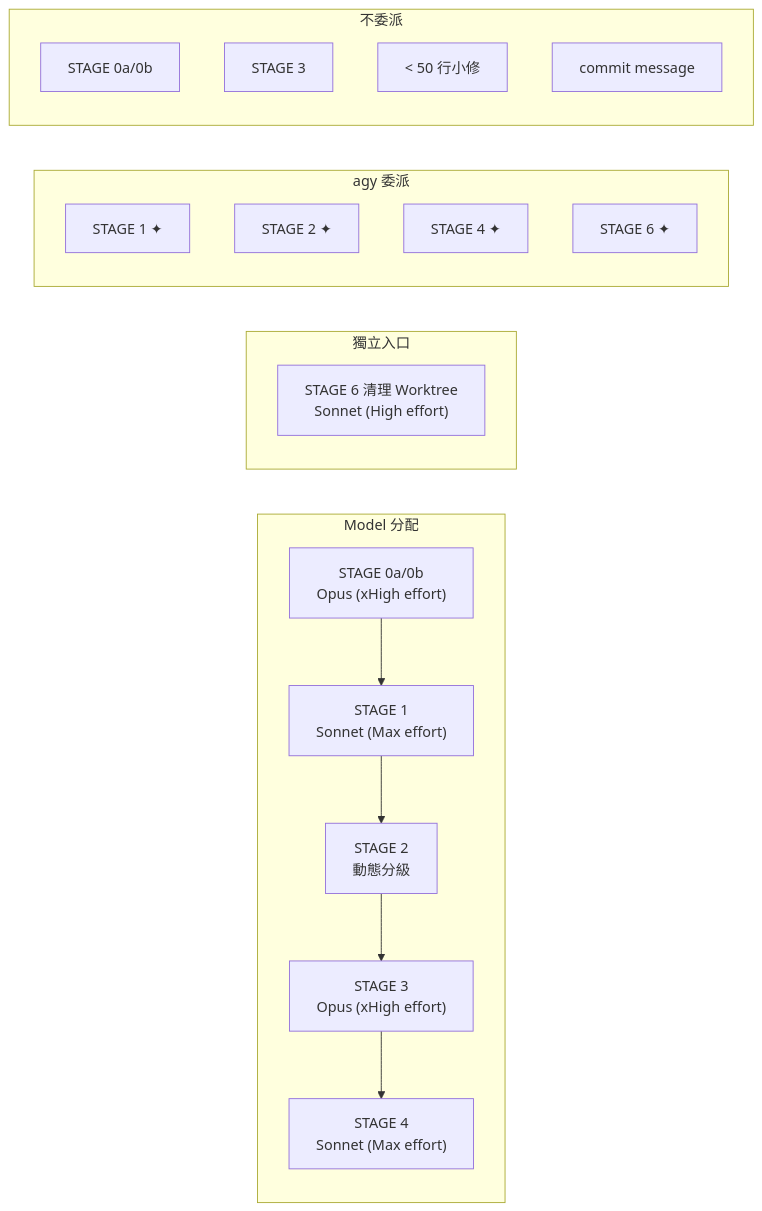
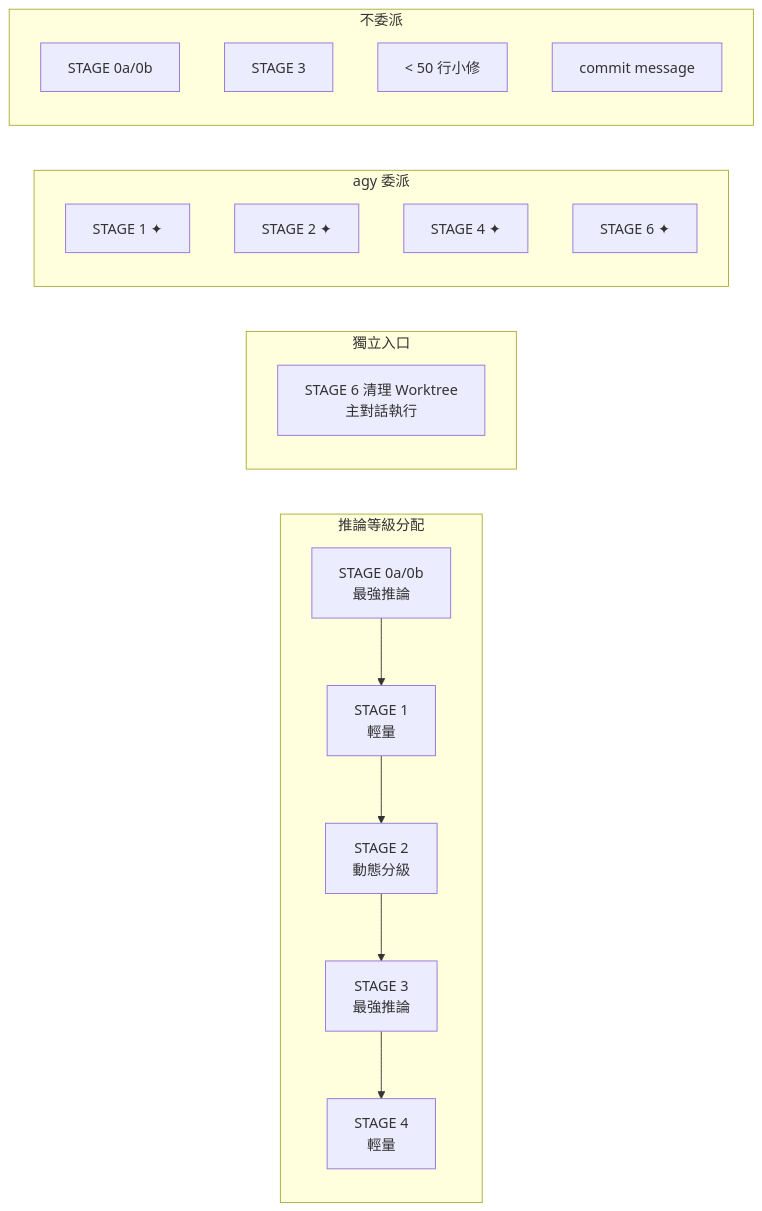
Before and after one commit to Yomiamy/flutter_inspector_kit: the diagram in docs/features/2026-07-11-gen-dev-workflow-analysis.md, drawn with Mermaid. The commit also changed other lines of this file, not shown here.

````diff
--- a/docs/features/2026-07-11-gen-dev-workflow-analysis.md
+++ b/docs/features/2026-07-11-gen-dev-workflow-analysis.md
@@ -186,27 +216,27 @@
 ```mermaid
 graph LR
-    subgraph "Model 分配"
-        A["STAGE 0a/0b<br/>Opus (xHigh effort)"] --> B["STAGE 1<br/>Sonnet (Max effort)"]
+    subgraph "推論等級分配"
+        A["STAGE 0a/0b<br/>最強推論"] --> B["STAGE 1<br/>輕量"]
         B --> C["STAGE 2<br/>動態分級"]
-        C --> D["STAGE 3<br/>Opus (xHigh effort)"]
-        D --> E["STAGE 4<br/>Sonnet (Max effort)"]
+        C --> D["STAGE 3<br/>最強推論"]
+        D --> E["STAGE 4<br/>輕量"]
     end
 
     subgraph "獨立入口"
-        E6["STAGE 6 清理 Worktree<br/>Sonnet (High effort)"]
+        E6["STAGE 6 清理 Worktree<br/>主對話執行"]
     end
 
     subgraph "agy 委派"
         B2["STAGE 1 ✦"] 
         C2["STAGE 2 ✦"]
         E2["STAGE 4 ✦"]
         F6["STAGE 6 ✦"]
     end
 
     subgraph "不委派"
         A2["STAGE 0a/0b"]
         D2["STAGE 3"]
         F2["< 50 行小修"]
         G2["commit message"]
     end
 ```
````
